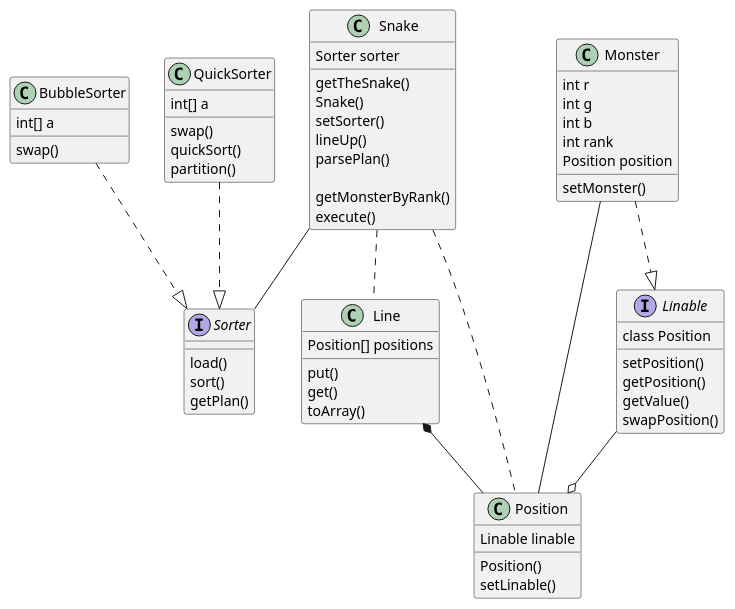
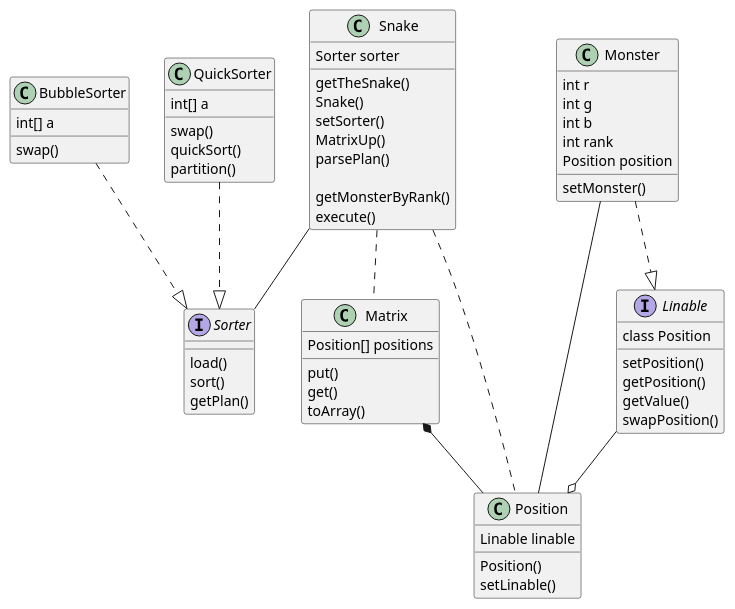
Before and after one commit to jwork-2021-attic/jw02-aaaabang: the diagram in S191220057/uml/characters.pu, drawn with PlantUML. The commit also changed 5 other files, not shown here.

```diff
--- a/S191220057/uml/characters.pu
+++ b/S191220057/uml/characters.pu
@@ -1,82 +1,82 @@
 @startuml
 
 interface Sorter {
     load()
     sort()
     getPlan()
 }
 
 class BubbleSorter {
     int[] a
     swap()
 }
 
 class QuickSorter
 {
     int[] a
     swap()
     quickSort()
     partition()
 }
-class Line {
+class Matrix{
     Position[] positions
 
     put()
     get()
     toArray()
 }
 
 class Position {
     Linable linable
     Position()
     setLinable()
 }
 
 interface Linable {
     class Position
 
     setPosition() 
     getPosition()
     getValue()
     swapPosition()
 }
 
 class Monster {
     int r
     int g
     int b
     int rank
     Position position
 
     setMonster()
 }
 
 class Snake {
     Sorter sorter
 
     getTheSnake()
     Snake()
     setSorter()
-    lineUp()
+    MatrixUp()
     parsePlan()
 
     getMonsterByRank()
     execute()
 }
 
 
 
 BubbleSorter ..|> Sorter
 QuickSorter ..|> Sorter
 
 Snake -- Sorter
-Snake .. Line
+Snake .. Matrix
 Snake .. Position
 
 Monster ..|> Linable
 Monster -- Position
 
-Line *-- Position
+Matrix *-- Position
 Linable --o Position
 
 @enduml
```
